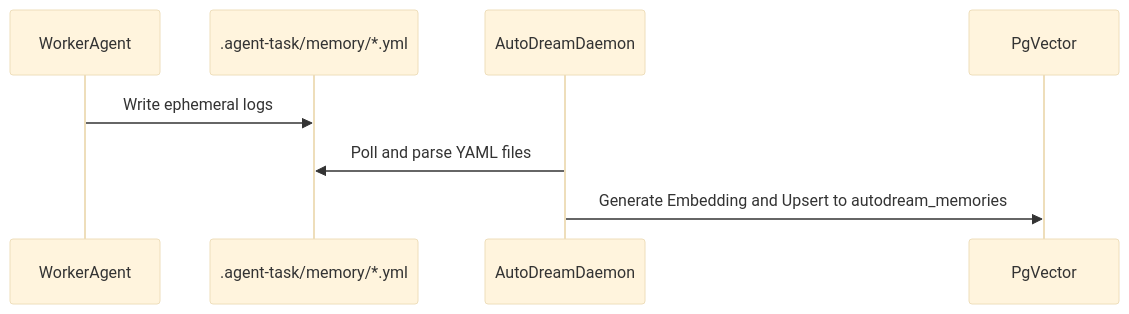
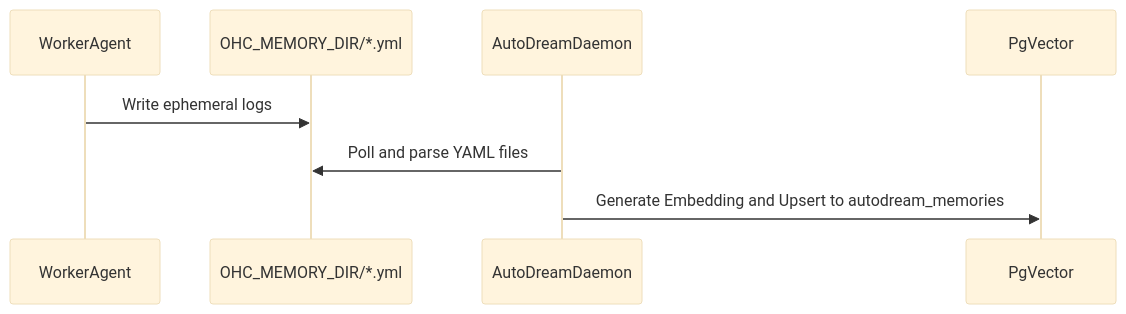
Before and after one commit to omnisolo-llc/onehumancorp: the fourth of 4 diagrams in docs/KAIROS_AI_OS_ARCHITECTURE_V2.md, drawn with Mermaid (base theme). The commit also changed 869 other files, not shown here.

````diff
--- a/docs/KAIROS_AI_OS_ARCHITECTURE_V2.md
+++ b/docs/KAIROS_AI_OS_ARCHITECTURE_V2.md
@@ -81,11 +81,11 @@
 ```mermaid
 sequenceDiagram
     participant WorkerAgent
-    participant LocalMemory as .agent-task/memory/*.yml
+    participant LocalMemory as OHC_MEMORY_DIR/*.yml
     participant AutoDreamDaemon
     participant PgVector
 
     WorkerAgent->>LocalMemory: Write ephemeral logs
     AutoDreamDaemon->>LocalMemory: Poll and parse YAML files
     AutoDreamDaemon->>PgVector: Generate Embedding and Upsert to autodream_memories
 ```
````
